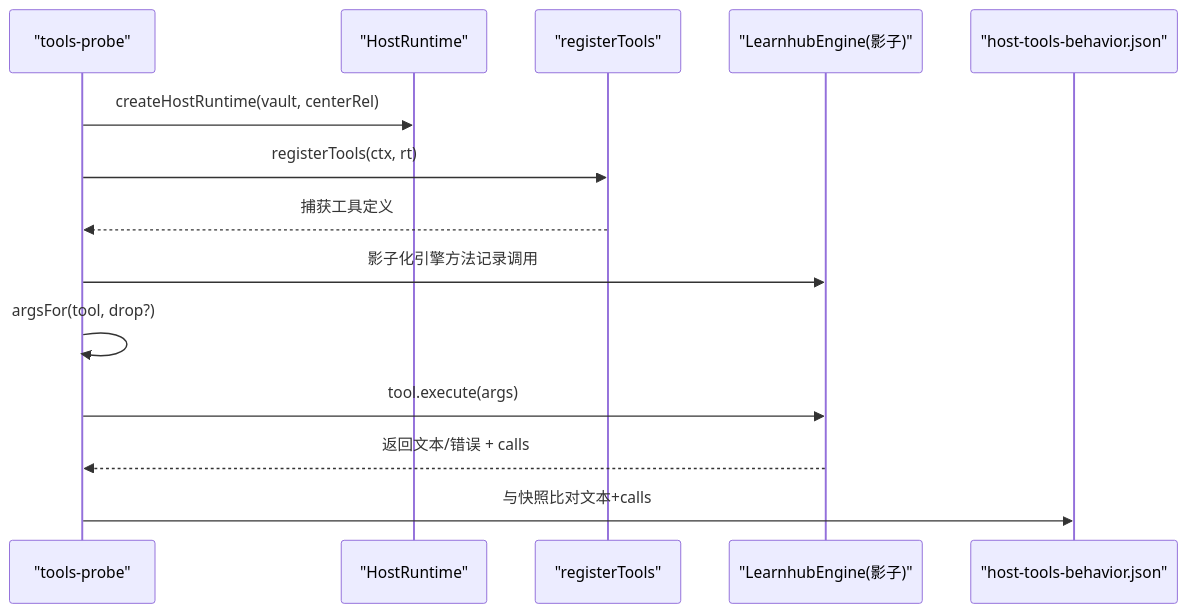
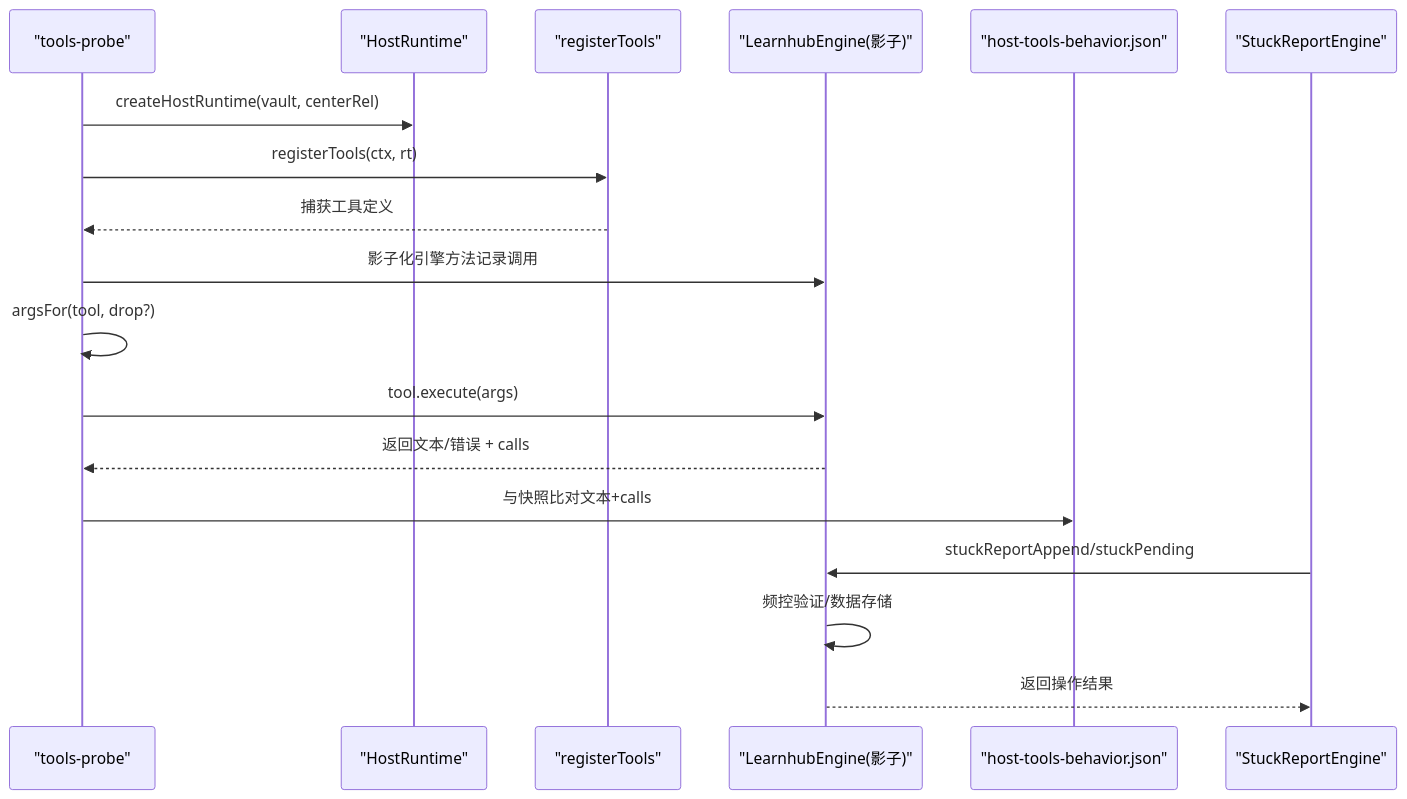
The fourth of 8 diagrams in .qoder/repowiki/zh/content/测试策略/测试策略.md (maozhijie/learnhub-plugin), drawn with Mermaid before and after one commit. The commit also changed other lines of this file and 8 other files, not shown here.

````diff
--- a/.qoder/repowiki/zh/content/测试策略/测试策略.md
+++ b/.qoder/repowiki/zh/content/测试策略/测试策略.md
@@ -129,16 +156,20 @@
 ```mermaid
 sequenceDiagram
 participant TP as "tools-probe"
 participant RT as "HostRuntime"
 participant TR as "registerTools"
 participant ENG as "LearnhubEngine(影子)"
 participant FIX as "host-tools-behavior.json"
+participant SR as "StuckReportEngine"
 TP->>RT : createHostRuntime(vault, centerRel)
 TP->>TR : registerTools(ctx, rt)
 TR-->>TP : 捕获工具定义
 TP->>ENG : 影子化引擎方法记录调用
 TP->>TP : argsFor(tool, drop?)
 TP->>ENG : tool.execute(args)
 ENG-->>TP : 返回文本/错误 + calls
 TP->>FIX : 与快照比对文本+calls
+SR->>ENG : stuckReportAppend/stuckPending
+ENG->>ENG : 频控验证/数据存储
+ENG-->>SR : 返回操作结果
 ```
````
